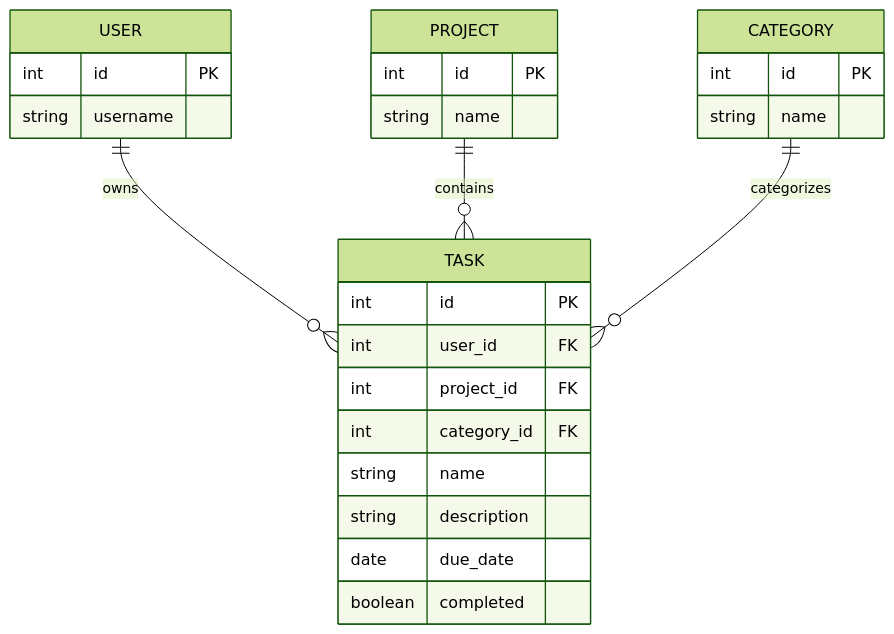
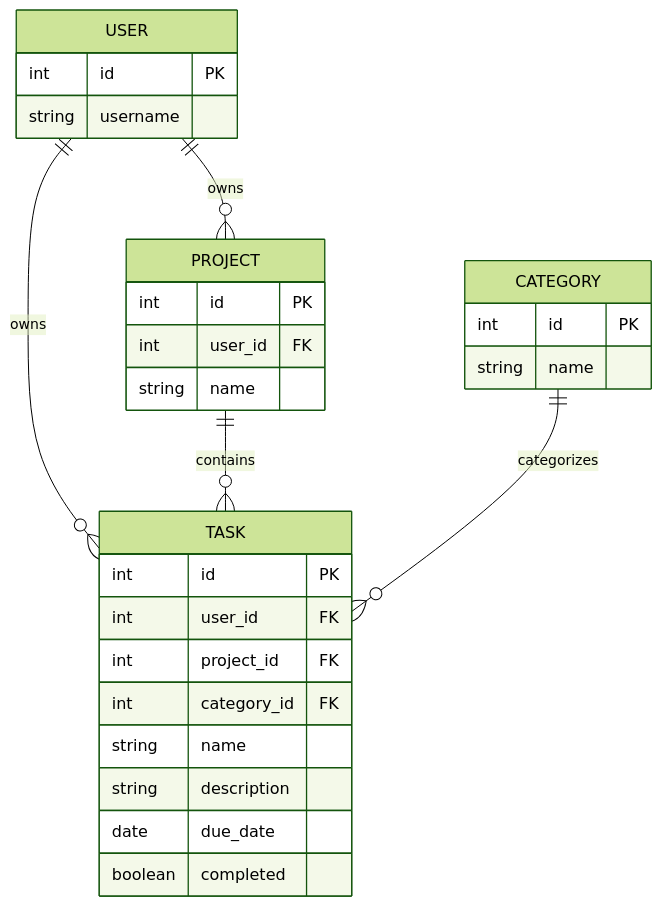
Before and after one commit to Jweaver12/Task-Tracker: the diagram in docs/erd.md, drawn with Mermaid (forest theme). The commit also changed other lines of this file and 8 other files, not shown here.

````diff
--- a/docs/erd.md
+++ b/docs/erd.md
@@ -6,32 +6,34 @@
 ```mermaid
 erDiagram
+    USER ||--o{ PROJECT : owns
     USER ||--o{ TASK : owns
     PROJECT ||--o{ TASK : contains
     CATEGORY ||--o{ TASK : categorizes
 
     USER {
         int id PK
         string username
     }
 
     PROJECT {
         int id PK
+        int user_id FK
         string name
     }
 
     CATEGORY {
         int id PK
         string name
     }
 
     TASK {
         int id PK
         int user_id FK
         int project_id FK
         int category_id FK
         string name
         string description
         date due_date
         boolean completed
     }
 ```
````
